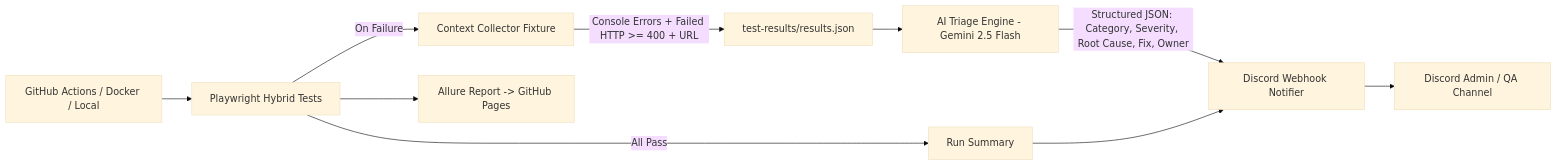
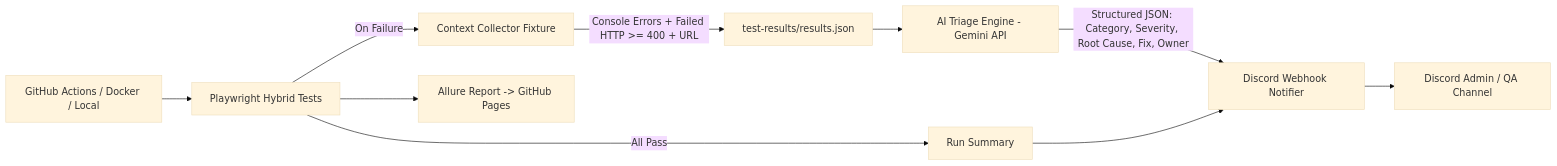
The diagram in README.md (Nolove098/ai-test-triage-bot), drawn with Mermaid (base theme) before and after one commit. The commit also changed other lines of this file and 1 other file, not shown here.

Commit message:
fix(triage): add Gemini 3 Flash model fallback chain and request timeout

````diff
--- a/README.md
+++ b/README.md
@@ -30,12 +30,12 @@
 ```mermaid
 flowchart LR
     A[GitHub Actions / Docker / Local] --> B[Playwright Hybrid Tests]
     B -->|All Pass| C[Run Summary]
     B -->|On Failure| D[Context Collector Fixture]
     D -->|Console Errors + Failed HTTP >= 400 + URL| E[test-results/results.json]
-    E --> F[AI Triage Engine - Gemini 2.5 Flash]
+    E --> F[AI Triage Engine - Gemini API]
     F -->|Structured JSON: Category, Severity, Root Cause, Fix, Owner| G[Discord Webhook Notifier]
     C --> G
     G --> H[Discord Admin / QA Channel]
     B --> I[Allure Report -> GitHub Pages]
 ```
````
